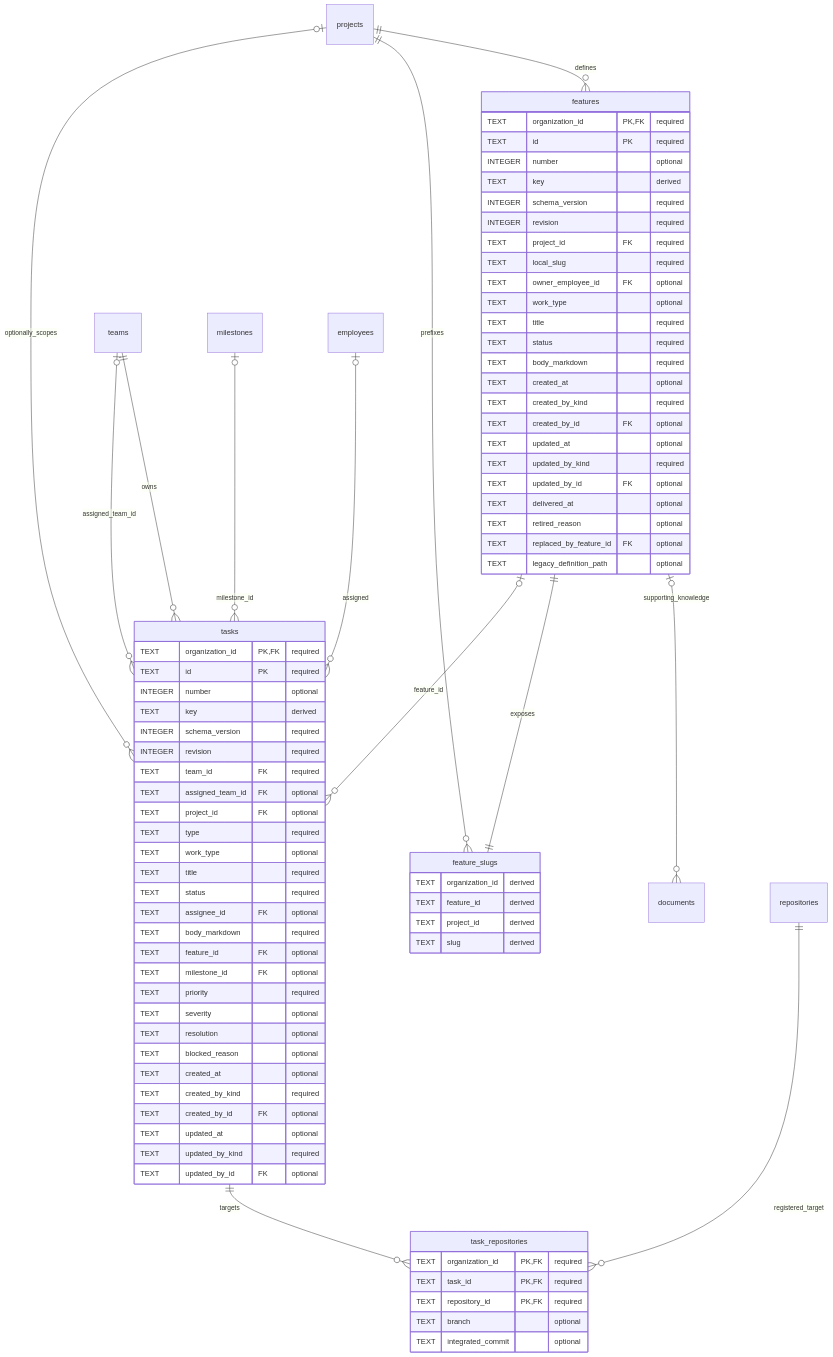
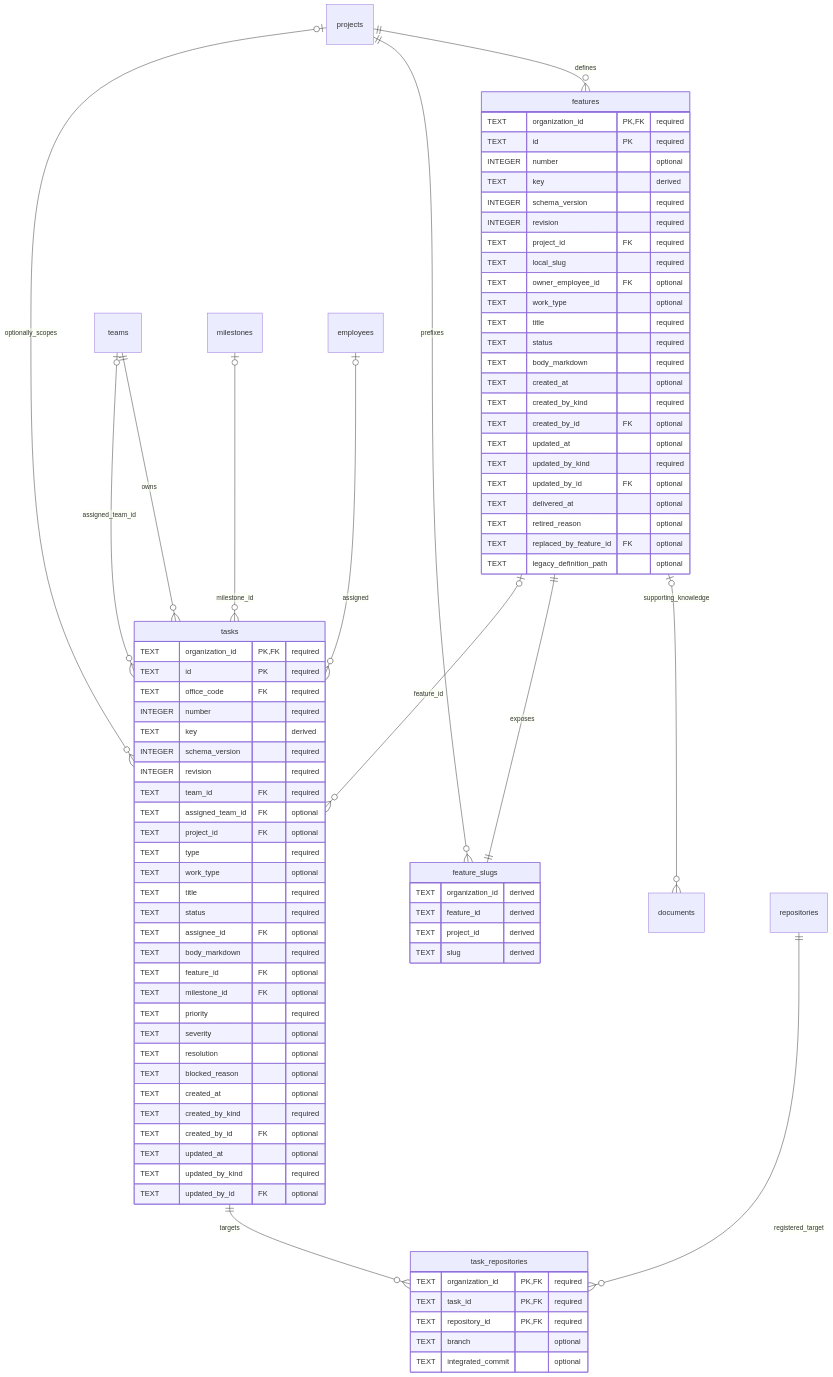
One commit to vgmello/agentic-org changed the first of 3 diagrams in docs/design/organization-data/03-features-and-work.md. Above: the diagram before and after it, drawn with Mermaid. The commit also changed other lines of this file and 48 other files, not shown here.

```diff
--- a/docs/design/organization-data/03-features-and-work.md
+++ b/docs/design/organization-data/03-features-and-work.md
@@ -54,7 +54,8 @@
     tasks {
         TEXT organization_id PK, FK "required"
         TEXT id PK "required"
-        INTEGER number "optional"
+        TEXT office_code FK "required"
+        INTEGER number "required"
         TEXT key "derived"
         INTEGER schema_version "required"
         INTEGER revision "required"
```
